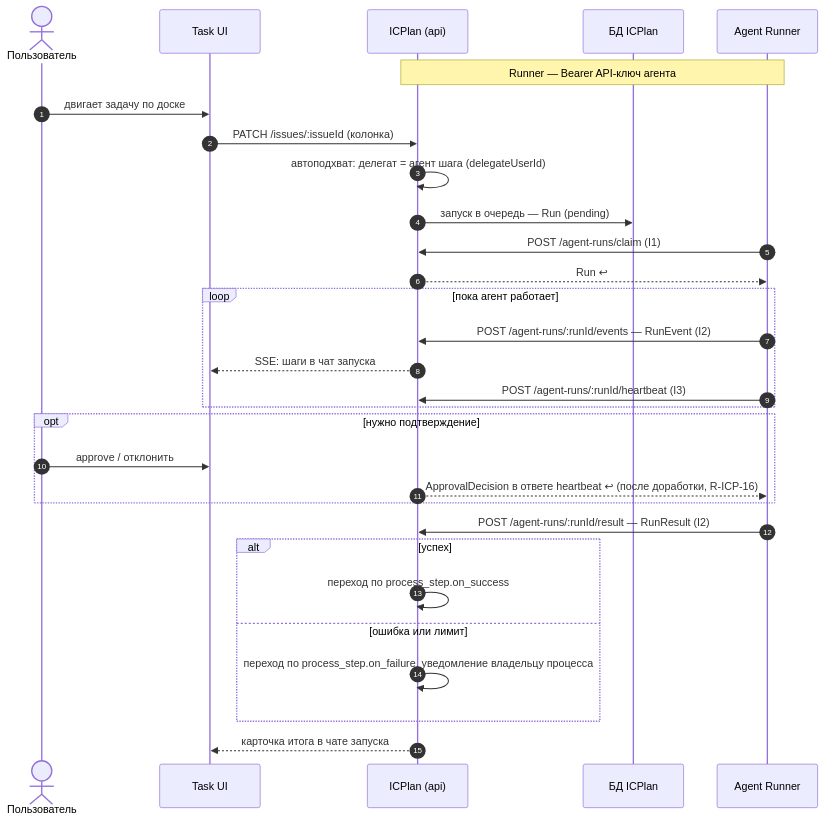
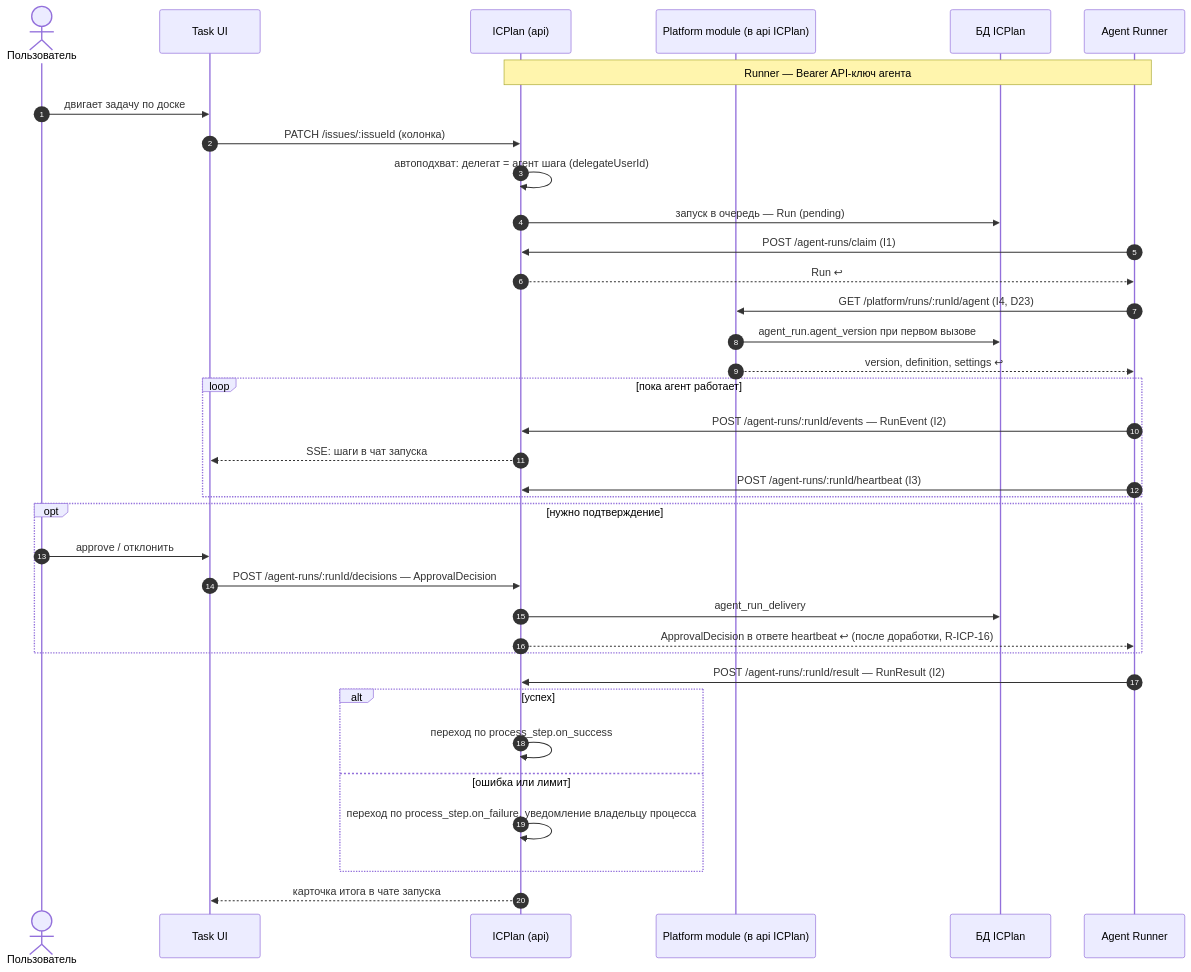
One commit to DemonIngvi/agent-architecture changed the diagram in docs/how/icplan.md. Above: the diagram before and after it, drawn with Mermaid. The commit also changed other lines of this file and 52 other files, not shown here.

Commit message:
ICPlan раунд 2: D26 и его последствия, Deploy форка (внешние БД/S3, existingSecret, PITR вместо дампа), API/данные/блоки/задачи/истории, требования R-ICP-11/19, R-AP-04/08/10/12, R-CP-01, R-MEM-08

````diff
--- a/docs/how/icplan.md
+++ b/docs/how/icplan.md
@@ -22,32 +23,38 @@
 ```mermaid
 sequenceDiagram
   autonumber
   actor U as Пользователь
   participant UI as Task UI
   participant IC as ICPlan (api)
+  participant PM as Platform module (в api ICPlan)
   participant DB as БД ICPlan
   participant R as Agent Runner
   Note over R,IC: Runner — Bearer API-ключ агента
   U->>UI: двигает задачу по доске
   UI->>IC: PATCH /issues/:issueId (колонка)
   IC->>IC: автоподхват: делегат = агент шага (delegateUserId)
   IC->>DB: запуск в очередь — Run (pending)
   R->>IC: POST /agent-runs/claim (I1)
   IC-->>R: Run ↩
+  R->>PM: GET /platform/runs/:runId/agent (I4, D23)
+  PM->>DB: agent_run.agent_version при первом вызове
+  PM-->>R: version, definition, settings ↩
   loop пока агент работает
     R->>IC: POST /agent-runs/:runId/events — RunEvent (I2)
     IC-->>UI: SSE: шаги в чат запуска
     R->>IC: POST /agent-runs/:runId/heartbeat (I3)
   end
   opt нужно подтверждение
     U->>UI: approve / отклонить
+    UI->>IC: POST /agent-runs/:runId/decisions — ApprovalDecision
+    IC->>DB: agent_run_delivery
     IC-->>R: ApprovalDecision в ответе heartbeat ↩ (после доработки, R-ICP-16)
   end
   R->>IC: POST /agent-runs/:runId/result — RunResult (I2)
   alt успех
     IC->>IC: переход по process_step.on_success
   else ошибка или лимит
     IC->>IC: переход по process_step.on_failure, уведомление владельцу процесса
   end
   IC-->>UI: карточка итога в чате запуска
 ```
````
